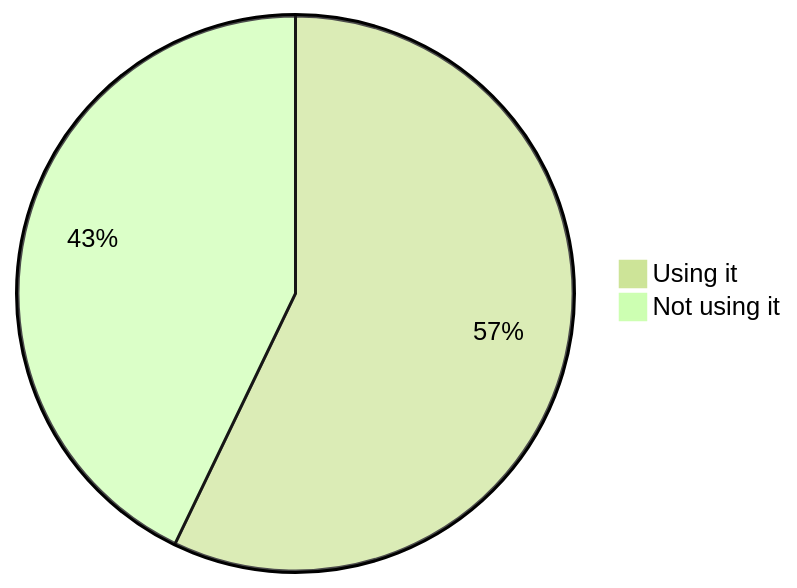
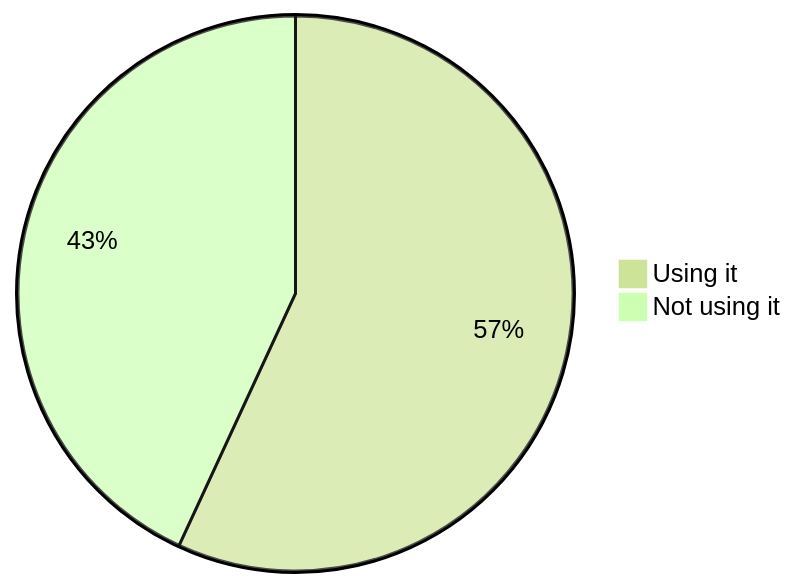
Before and after one commit to oshp/oshp-stats: the second of 22 diagrams in stats.md, drawn with Mermaid (forest theme). The commit also changed other lines of this file, not shown here.

````diff
--- a/stats.md
+++ b/stats.md
@@ -22,6 +22,6 @@
 ```mermaid
 pie
-	"Using it" : 57.14
-	"Not using it" : 42.86
+	"Using it" : 56.89
+	"Not using it" : 43.11
 
 ```
````
